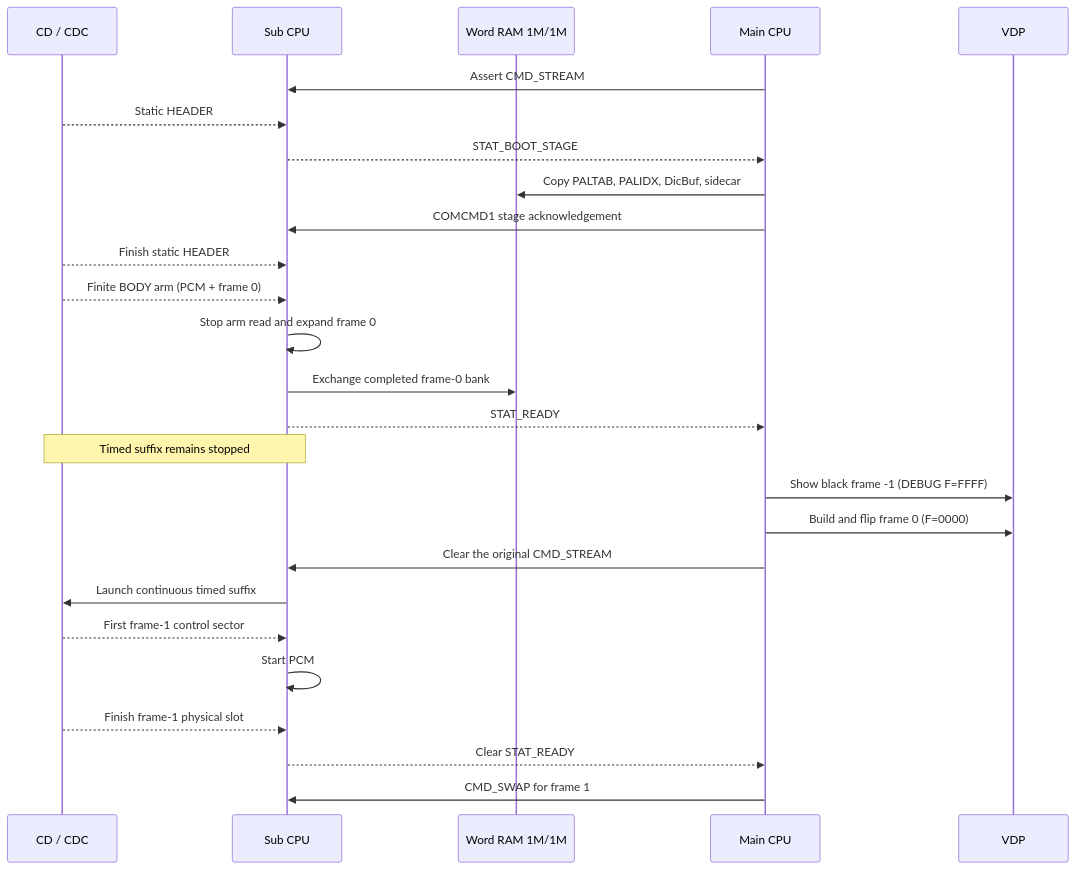
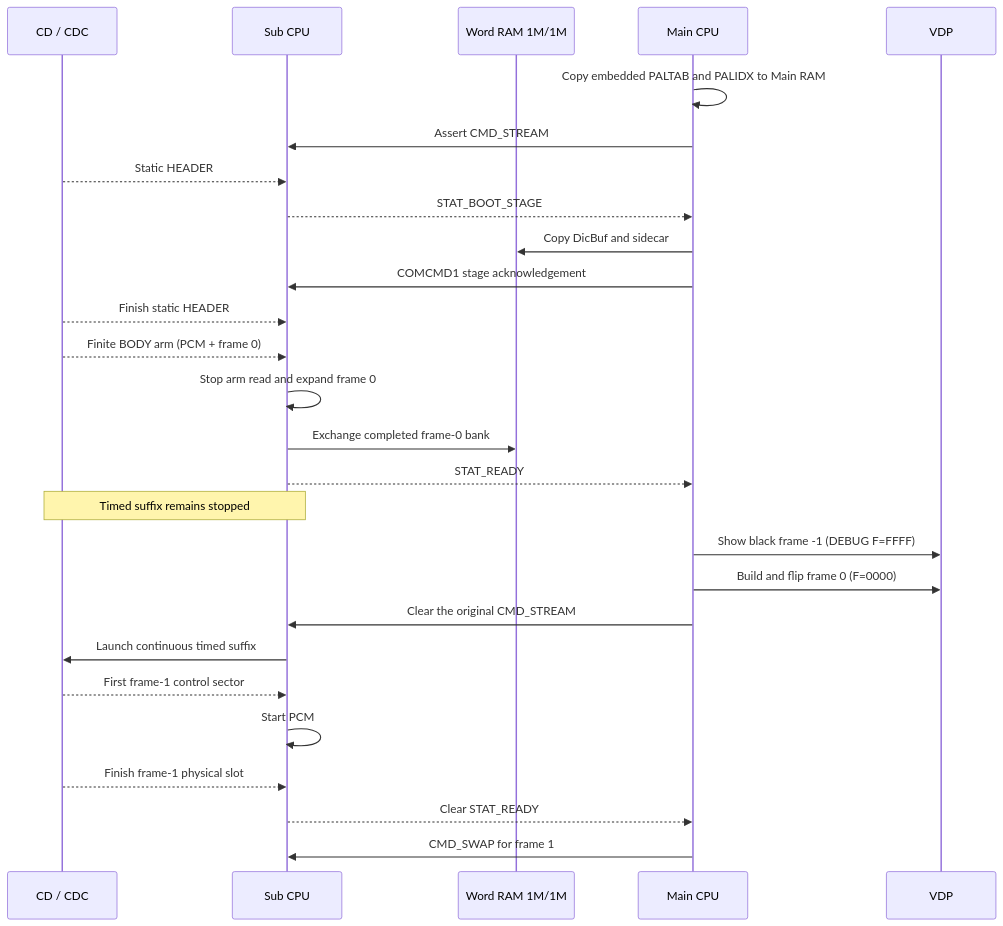
The first of 4 diagrams in PLAYER.md (akiyan/segacd-fmv-cavc), drawn with Mermaid before and after one commit. The commit also changed other lines of this file and 4 other files, not shown here.

````diff
--- a/PLAYER.md
+++ b/PLAYER.md
@@ -216,29 +218,30 @@
 ```mermaid
 sequenceDiagram
     participant CD as CD / CDC
     participant S as Sub CPU
     participant W as Word RAM 1M/1M
     participant M as Main CPU
     participant V as VDP
 
+    M->>M: Copy embedded PALTAB and PALIDX to Main RAM
     M->>S: Assert CMD_STREAM
     CD-->>S: Static HEADER
     S-->>M: STAT_BOOT_STAGE
-    M->>W: Copy PALTAB, PALIDX, DicBuf, sidecar
+    M->>W: Copy DicBuf and sidecar
     M->>S: COMCMD1 stage acknowledgement
     CD-->>S: Finish static HEADER
     CD-->>S: Finite BODY arm (PCM + frame 0)
     S->>S: Stop arm read and expand frame 0
     S->>W: Exchange completed frame-0 bank
     S-->>M: STAT_READY
     Note over S,CD: Timed suffix remains stopped
     M->>V: Show black frame -1 (DEBUG F=FFFF)
     M->>V: Build and flip frame 0 (F=0000)
     M->>S: Clear the original CMD_STREAM
     S->>CD: Launch continuous timed suffix
     CD-->>S: First frame-1 control sector
     S->>S: Start PCM
     CD-->>S: Finish frame-1 physical slot
     S-->>M: Clear STAT_READY
     M->>S: CMD_SWAP for frame 1
 ```
````
